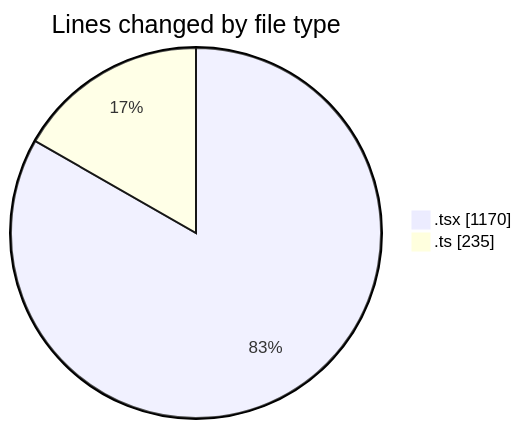
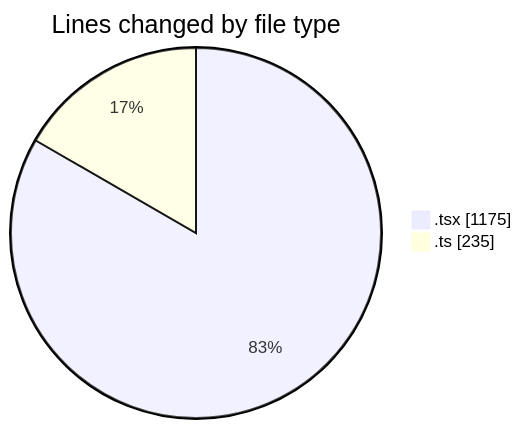
Before and after one commit to momahboobian/code-tracking: the first of 2 diagrams in 2025-09-15/cda/README.md, drawn with Mermaid. The commit also changed other lines of this file and 1 other file, not shown here.

````diff
--- a/2025-09-15/cda/README.md
+++ b/2025-09-15/cda/README.md
@@ -22,6 +22,6 @@
 ```mermaid
 pie showData
 title Lines changed by file type
-".tsx" : 1170
+".tsx" : 1175
 ".ts" : 235
 ```
````
